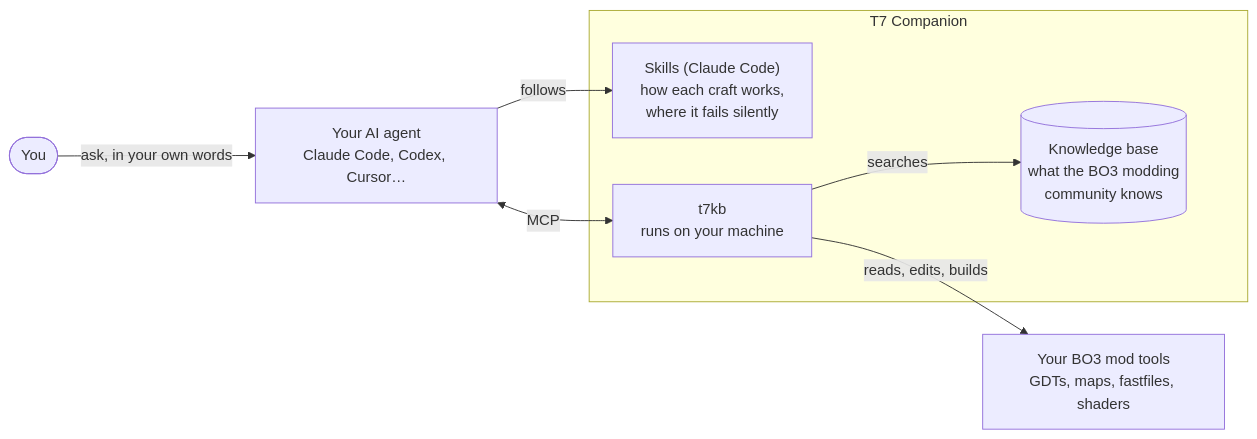
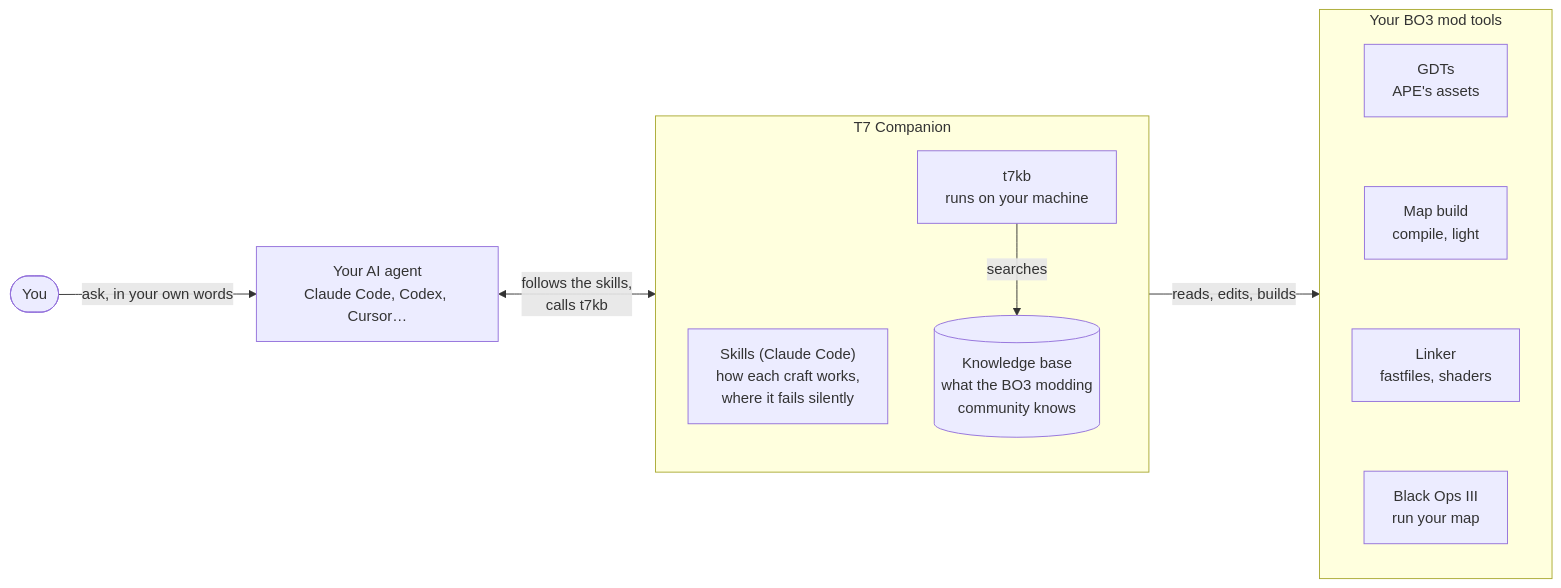
One commit to McReaper/t7_companion changed the diagram in README.md. Above: the diagram before and after it, drawn with Mermaid. The commit also changed 1 other file, not shown here.

Commit message:
docs: the README's diagram shows the mod tools t7kb drives in a box of their own
The user's side gets a box like T7 Companion's: GDTs, the map build, the
linker and the game, the tools t7kb reads, edits and runs, with room for
the ones to come (Radiant). Linking the boxes rather than single nodes
lets each lay out its content: the mod tools stack in a column, so a new
one makes the diagram taller, not wider. Checked rendered through
mermaid.ink against five other layouts.

Claude-Session: https://claude.ai/code/session_01NEZdzS5riXKxmU4xsWrNv8

````diff
--- a/README.md
+++ b/README.md
@@ -31,13 +31,21 @@
 ```mermaid
 flowchart LR
     U(["You"]) -->|"ask, in your own words"| A["Your AI agent<br/>Claude Code, Codex, Cursor…"]
+    A <-->|"follows the skills,<br/>calls t7kb"| TC
+    TC -->|"reads, edits, builds"| MT
     subgraph TC["T7 Companion"]
+        direction TB
         S["Skills (Claude Code)<br/>how each craft works,<br/>where it fails silently"]
         T["t7kb<br/>runs on your machine"]
         K[("Knowledge base<br/>what the BO3 modding<br/>community knows")]
+        T -->|"searches"| K
     end
-    A -->|"follows"| S
-    A <-->|"MCP"| T
-    T -->|"searches"| K
-    T -->|"reads, edits, builds"| I["Your BO3 mod tools<br/>GDTs, maps, fastfiles, shaders"]
+    subgraph MT["Your BO3 mod tools"]
+        direction TB
+        G["GDTs<br/>APE's assets"]
+        M["Map build<br/>compile, light"]
+        L["Linker<br/>fastfiles, shaders"]
+        P["Black Ops III<br/>run your map"]
+        G ~~~ M ~~~ L ~~~ P
+    end
 ```
````
